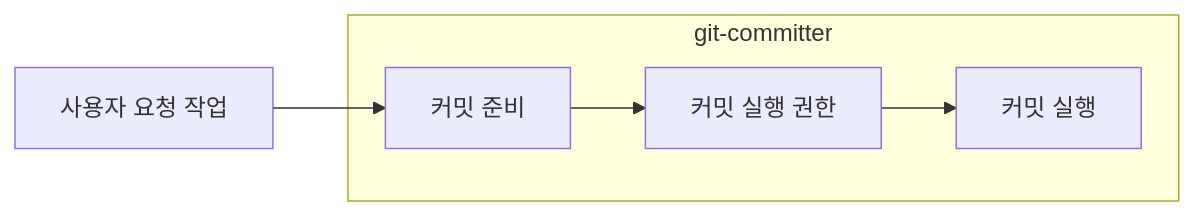
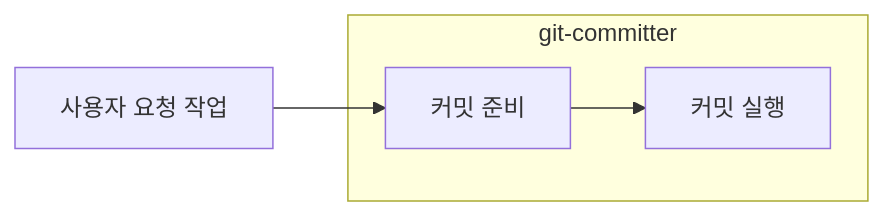
One commit to opnay/agent-plugins changed the first of 3 diagrams in src/advance-codex-dev/specs/skills/git-committer/intent.md. Above: the diagram before and after it, drawn with Mermaid. The commit also changed other lines of this file and 12 other files, not shown here.

````diff
--- a/src/advance-codex-dev/specs/skills/git-committer/intent.md
+++ b/src/advance-codex-dev/specs/skills/git-committer/intent.md
@@ -15,10 +16,10 @@
 ```mermaid
 flowchart LR
   A[사용자 요청 작업]
 
   subgraph G[git-committer]
-    B[커밋 준비] --> C[커밋 실행 권한] --> D[커밋 실행]
+    B[커밋 준비] --> D[커밋 실행]
   end
 
   A --> B
 ```
````
